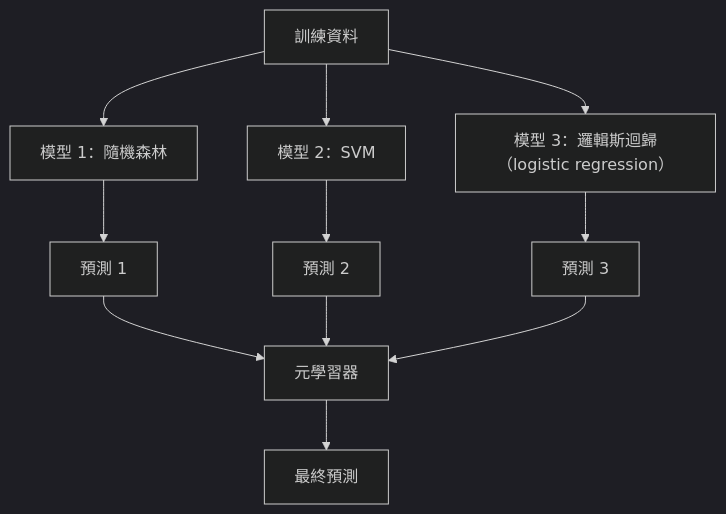
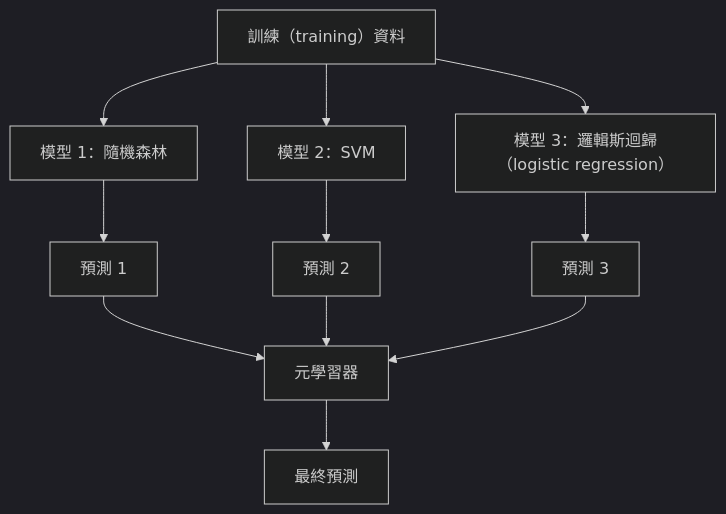
The third of 3 diagrams in i18n/zh-TW/phases/02-ml-fundamentals/11-ensemble-methods/docs/zh-TW.md (edward821220/ai-engineering-from-scratch), drawn with Mermaid (dark theme) before and after one commit. The commit also changed other lines of this file and 197 other files, not shown here.

````diff
--- a/i18n/zh-TW/phases/02-ml-fundamentals/11-ensemble-methods/docs/zh-TW.md
+++ b/i18n/zh-TW/phases/02-ml-fundamentals/11-ensemble-methods/docs/zh-TW.md
@@ -156,16 +156,16 @@
 ```mermaid
 flowchart TD
-    D[訓練資料] --> M1[模型 1：隨機森林]
+    D[訓練（training）資料] --> M1[模型 1：隨機森林]
     D --> M2[模型 2：SVM]
     D --> M3[模型 3：邏輯斯迴歸（logistic regression）]
 
     M1 --> P1[預測 1]
     M2 --> P2[預測 2]
     M3 --> P3[預測 3]
 
     P1 --> META[元學習器]
     P2 --> META
     P3 --> META
 
     META --> F[最終預測]
 ```
````
